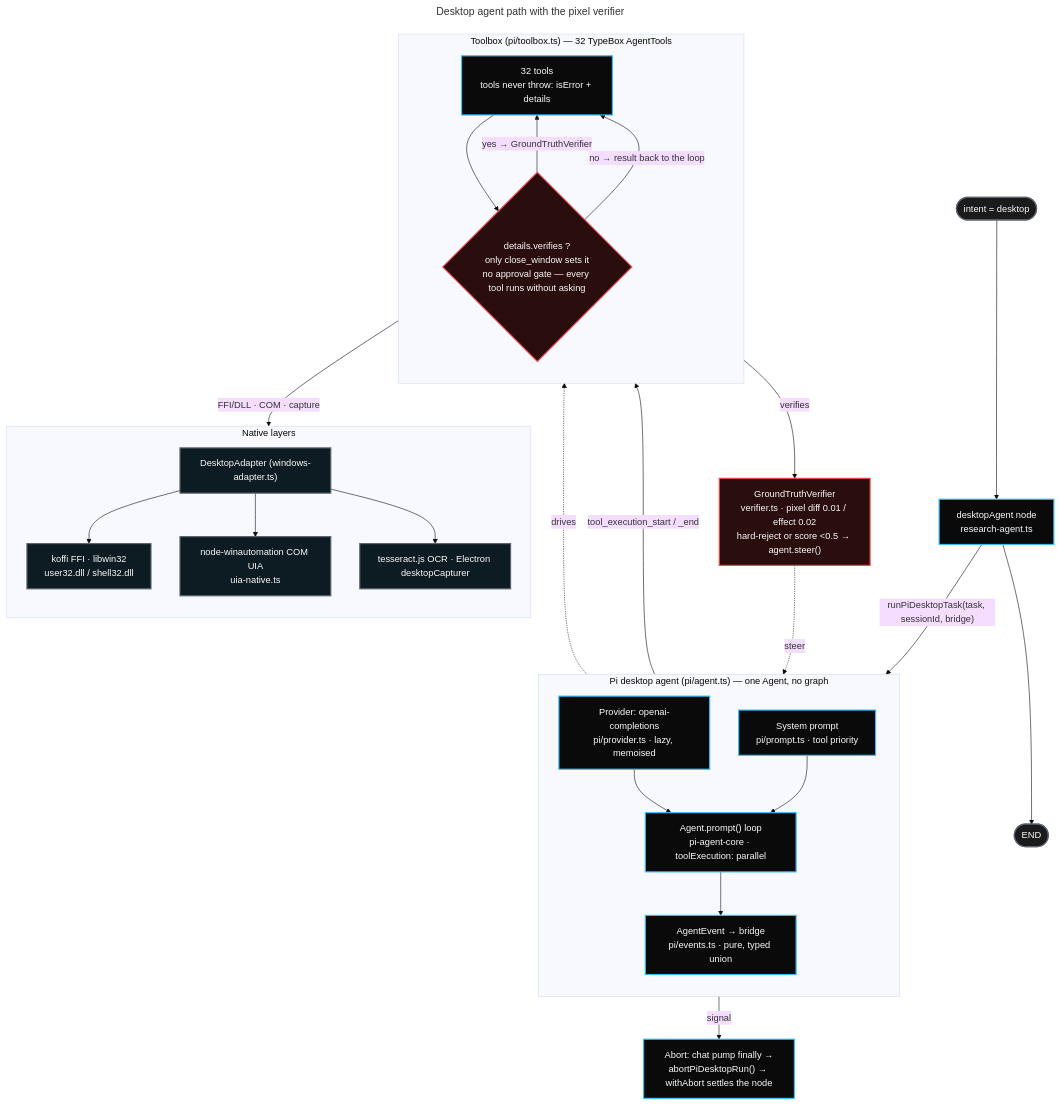
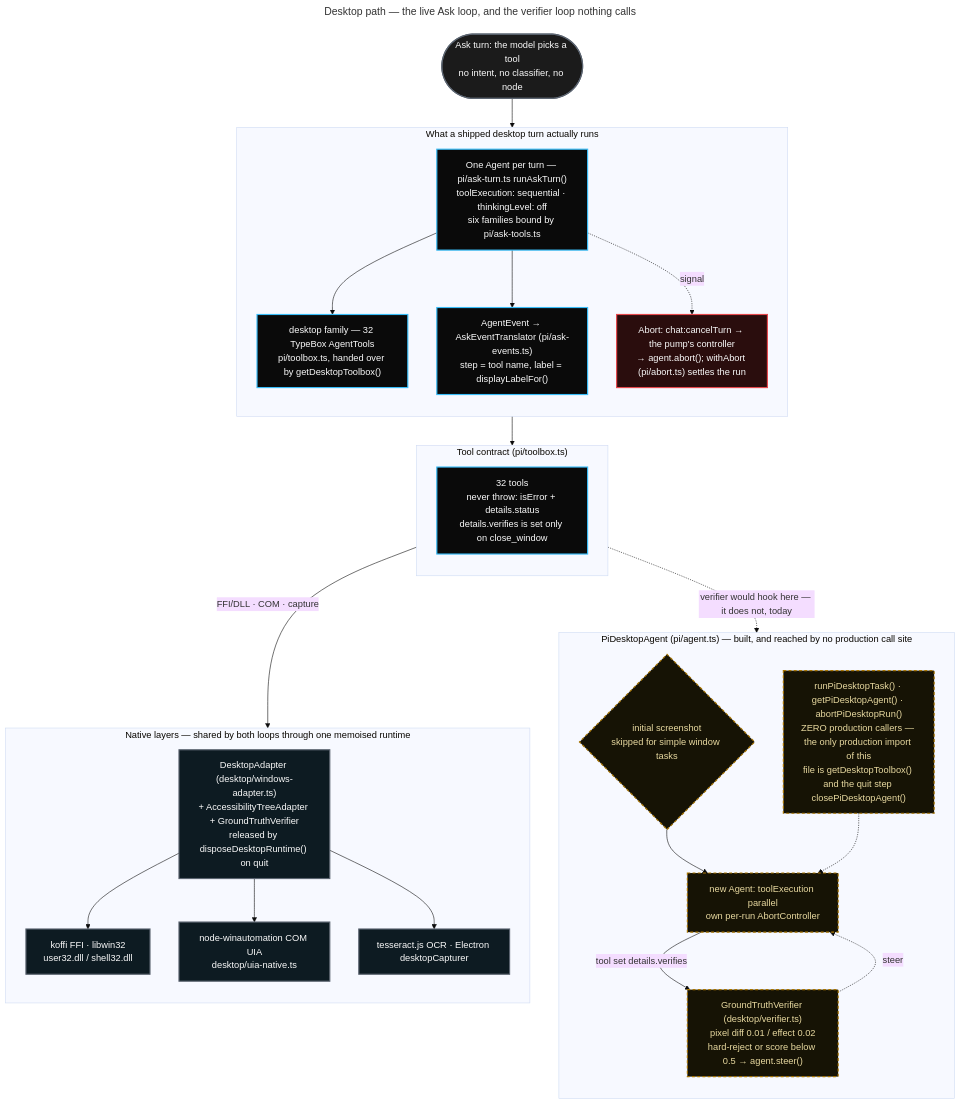
The diagram in docs/diagrams/desktop-hitl.mmd (Launchero/Qyther), drawn with Mermaid (base theme) before and after one commit. The commit also changed 83 other files, not shown here.

Commit message:
docs(contracts): refresh dox docs design-lab diagrams and screenshots

```diff
--- a/docs/diagrams/desktop-hitl.mmd
+++ b/docs/diagrams/desktop-hitl.mmd
@@ -1,57 +1,55 @@
 ---
-title: Desktop agent path with the pixel verifier
+title: Desktop path — the live Ask loop, and the verifier loop nothing calls
 ---
-%%{accTitle: "Desktop path: intent desktop enters the AskGraph's desktopAgent node, which makes a single call to the Pi desktop agent — one Agent loop over 32 TypeBox tools, no subgraph. Pi owns the loop, streams typed AgentEvents into a bridge, and runs the automatic GroundTruthVerifier pixel check only for a tool whose result sets details.verifies (close_window today). There is no approval gate: every tool runs without asking. Cancelling a turn aborts the run through abortPiDesktopRun, and withAbort settles the node even if the model never answers. Tools reach Win32/UIA/OCR through the DesktopAdapter."}%%
+%%{accTitle: "Desktop path as shipped: there is no intent classifier and no desktopAgent node. The model chooses one of the 32 desktop tools inside the single Ask-mode Agent that runAskTurn builds in src/main/services/pi/ask-turn.ts, which binds the desktop family through getDesktopToolbox() in pi/agent.ts. Tools never throw; they return isError plus details, and reach Win32 through koffi FFI, UIA through node-winautomation COM, and OCR through tesseract plus desktopCapturer, all behind WindowsDesktopAdapter. Cancellation is the chat pump's own AbortController: chat:cancelTurn aborts it, the listener calls agent.abort(), and withAbort settles the run even if the model never answers. The second box is the truth about the pixel verifier: PiDesktopAgent in pi/agent.ts owns the initial-screenshot decision, the details.verifies opt-in that runs GroundTruthVerifier, and the agent.steer() feedback, and it declares toolExecution parallel — but runPiDesktopTask() and abortPiDesktopRun() have zero production callers, so a shipped desktop turn runs the tools with no verifier in the loop. There is no approval gate anywhere: every tool runs without asking."}%%
 flowchart TB
   classDef node fill:#0a0a0a,stroke:#38bdf8,stroke-width:2px,color:#fafafa;
   classDef gate fill:#2a0d0d,stroke:#e5484d,color:#fafafa;
   classDef layer fill:#0d1b22,stroke:#5b6470,color:#fafafa;
   classDef term fill:#1b1b1b,stroke:#5b6470,color:#fafafa;
+  classDef unwired fill:#161305,stroke:#a87500,color:#e8d9a0,stroke-dasharray:5 4;
 
-  IN(["intent = desktop"]):::term
-  DN["desktopAgent node<br/>research-agent.ts"]:::node
-  ENDN(["END"]):::term
+  IN(["Ask turn: the model picks a tool<br/>no intent, no classifier, no node"]):::term
 
-  IN --> DN --> ENDN
+  subgraph LIVE["What a shipped desktop turn actually runs"]
+    direction TB
+    LOOP["One Agent per turn — pi/ask-turn.ts runAskTurn()<br/>toolExecution: sequential · thinkingLevel: off<br/>six families bound by pi/ask-tools.ts"]:::node
+    FAM["desktop family — 32 TypeBox AgentTools<br/>pi/toolbox.ts, handed over by getDesktopToolbox()"]:::node
+    BR["AgentEvent → AskEventTranslator (pi/ask-events.ts)<br/>step = tool name, label = displayLabelFor()"]:::node
+    AB["Abort: chat:cancelTurn → the pump's controller<br/>→ agent.abort(); withAbort (pi/abort.ts) settles the run"]:::gate
+    LOOP --> FAM
+    LOOP --> BR
+    LOOP -.signal.-> AB
+  end
+  IN --> LOOP
 
-  subgraph AGENT["Pi desktop agent (pi/agent.ts) — one Agent, no graph"]
+  subgraph REACT["Tool contract (pi/toolbox.ts)"]
     direction TB
-    PR["Provider: openai-completions<br/>pi/provider.ts · lazy, memoised"]:::node
-    SP["System prompt<br/>pi/prompt.ts · tool priority"]:::node
-    LOOP["Agent.prompt() loop<br/>pi-agent-core · toolExecution: parallel"]:::node
-    BR["AgentEvent → bridge<br/>pi/events.ts · pure, typed union"]:::node
-    PR --> LOOP
-    SP --> LOOP
-    LOOP --> BR
+    TOOL["32 tools<br/>never throw: isError + details.status<br/>details.verifies is set only on close_window"]:::node
   end
-  DN -- "runPiDesktopTask(task, sessionId, bridge)" --> LOOP
+  FAM --> TOOL
 
-  subgraph REACT["Toolbox (pi/toolbox.ts) — 32 TypeBox AgentTools"]
+  subgraph UNWIRED["PiDesktopAgent (pi/agent.ts) — built, and reached by no production call site"]
     direction TB
-    TOOL["32 tools<br/>tools never throw: isError + details"]:::node
-    SHOT{"details.verifies ?<br/>only close_window sets it<br/>no approval gate — every tool runs without asking"}:::gate
-    TOOL --> SHOT
-    SHOT -- "yes → GroundTruthVerifier" --> TOOL
-    SHOT -- "no → result back to the loop" --> TOOL
+    DLOOP["new Agent: toolExecution parallel<br/>own per-run AbortController"]:::unwired
+    SHOT{"initial screenshot<br/>skipped for simple window tasks"}:::unwired
+    VF["GroundTruthVerifier (desktop/verifier.ts)<br/>pixel diff 0.01 / effect 0.02<br/>hard-reject or score below 0.5 → agent.steer()"]:::unwired
+    ENTRY["runPiDesktopTask() · getPiDesktopAgent() · abortPiDesktopRun()<br/>ZERO production callers — the only production import of this<br/>file is getDesktopToolbox() and the quit step closePiDesktopAgent()"]:::unwired
+    SHOT --> DLOOP
+    DLOOP -- "tool set details.verifies" --> VF
+    VF -.steer.-> DLOOP
+    ENTRY -.-> DLOOP
   end
-  BR -- "tool_execution_start / _end" --> TOOL
-  LOOP -.drives.-> TOOL
+  TOOL -. "verifier would hook here — it does not, today" .-> VF
 
-  VF["GroundTruthVerifier<br/>verifier.ts · pixel diff 0.01 / effect 0.02<br/>hard-reject or score &lt;0.5 → agent.steer()"]:::gate
-  SHOT -- "verifies" --> VF
-  VF -.steer.-> LOOP
-
-  AB["Abort: chat pump finally →<br/>abortPiDesktopRun() → withAbort settles the node"]:::node
-  LOOP -- "signal" --> AB
-
-  subgraph BACKEND["Native layers"]
+  subgraph BACKEND["Native layers — shared by both loops through one memoised runtime"]
     direction TB
-    AD["DesktopAdapter (windows-adapter.ts)"]:::layer
+    AD["DesktopAdapter (desktop/windows-adapter.ts)<br/>+ AccessibilityTreeAdapter + GroundTruthVerifier<br/>released by disposeDesktopRuntime() on quit"]:::layer
     W32["koffi FFI · libwin32<br/>user32.dll / shell32.dll"]:::layer
-    UIA["node-winautomation COM UIA<br/>uia-native.ts"]:::layer
+    UIA["node-winautomation COM UIA<br/>desktop/uia-native.ts"]:::layer
     OCR["tesseract.js OCR · Electron desktopCapturer"]:::layer
     AD --> W32
     AD --> UIA
     AD --> OCR
   end
   TOOL -- "FFI/DLL · COM · capture" --> AD
```
